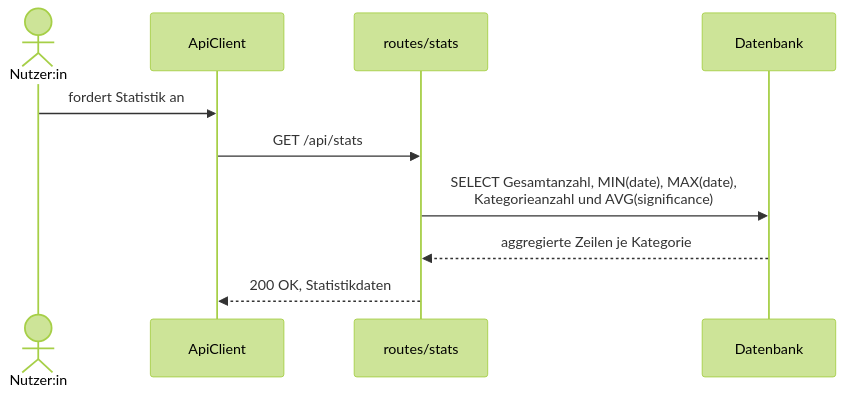
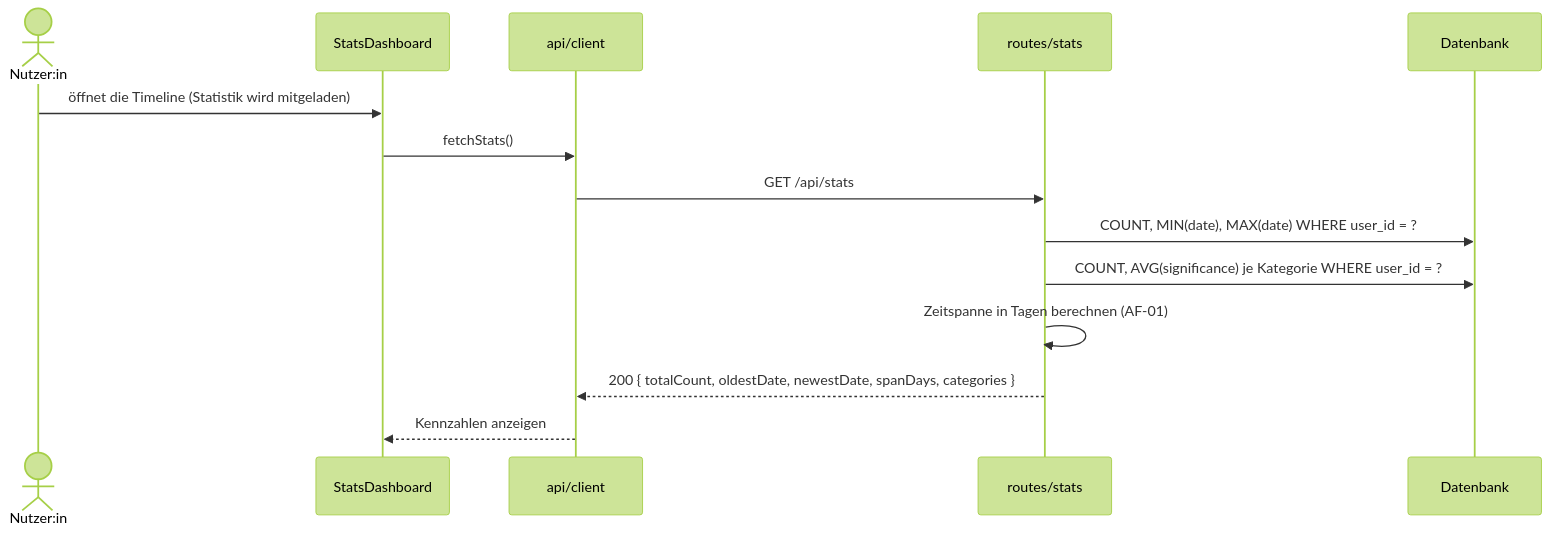
The third of 6 diagrams in docs/arch/A06-Laufzeitansicht.md (ksukh-ux/lifeline-project), drawn with Mermaid (forest theme) before and after one commit. The commit also changed other lines of this file, not shown here.

Commit message:
docs(arch): add runtime scenarios for holidays, categories and expired session

````diff
--- a/docs/arch/A06-Laufzeitansicht.md
+++ b/docs/arch/A06-Laufzeitansicht.md
@@ -81,13 +110,17 @@
 ```mermaid
 sequenceDiagram
     actor N as Nutzer:in
-    participant AC as ApiClient
+    participant SD as StatsDashboard
+    participant AC as api/client
     participant R as routes/stats
     participant DB as Datenbank
 
-    N->>AC: fordert Statistik an
+    N->>SD: öffnet die Timeline (Statistik wird mitgeladen)
+    SD->>AC: fetchStats()
     AC->>R: GET /api/stats
-    R->>DB: SELECT Gesamtanzahl, MIN(date), MAX(date),<br/>Kategorieanzahl und AVG(significance)
-    DB-->>R: aggregierte Zeilen je Kategorie
-    R-->>AC: 200 OK, Statistikdaten
+    R->>DB: COUNT, MIN(date), MAX(date) WHERE user_id = ?
+    R->>DB: COUNT, AVG(significance) je Kategorie WHERE user_id = ?
+    R->>R: Zeitspanne in Tagen berechnen (AF-01)
+    R-->>AC: 200 { totalCount, oldestDate, newestDate, spanDays, categories }
+    AC-->>SD: Kennzahlen anzeigen
 ```
````
